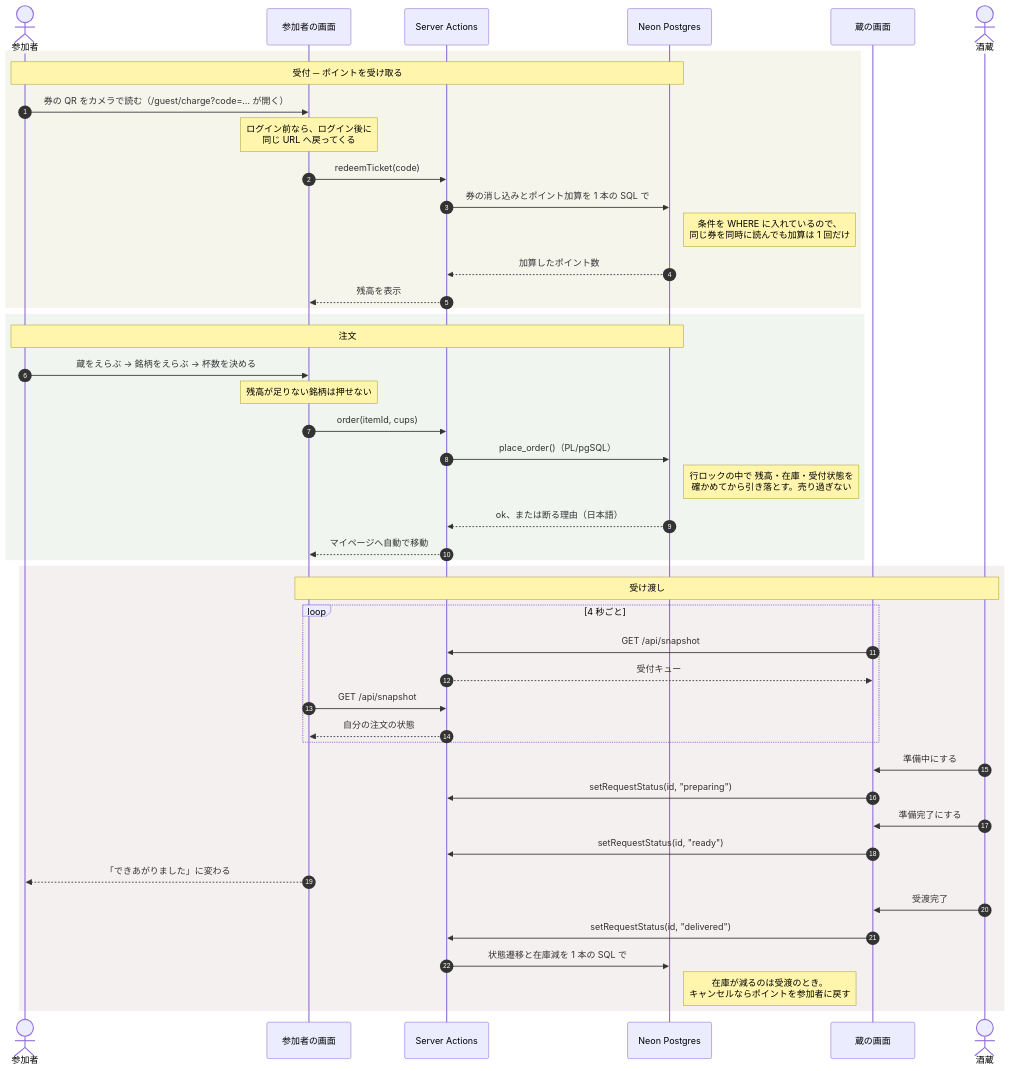
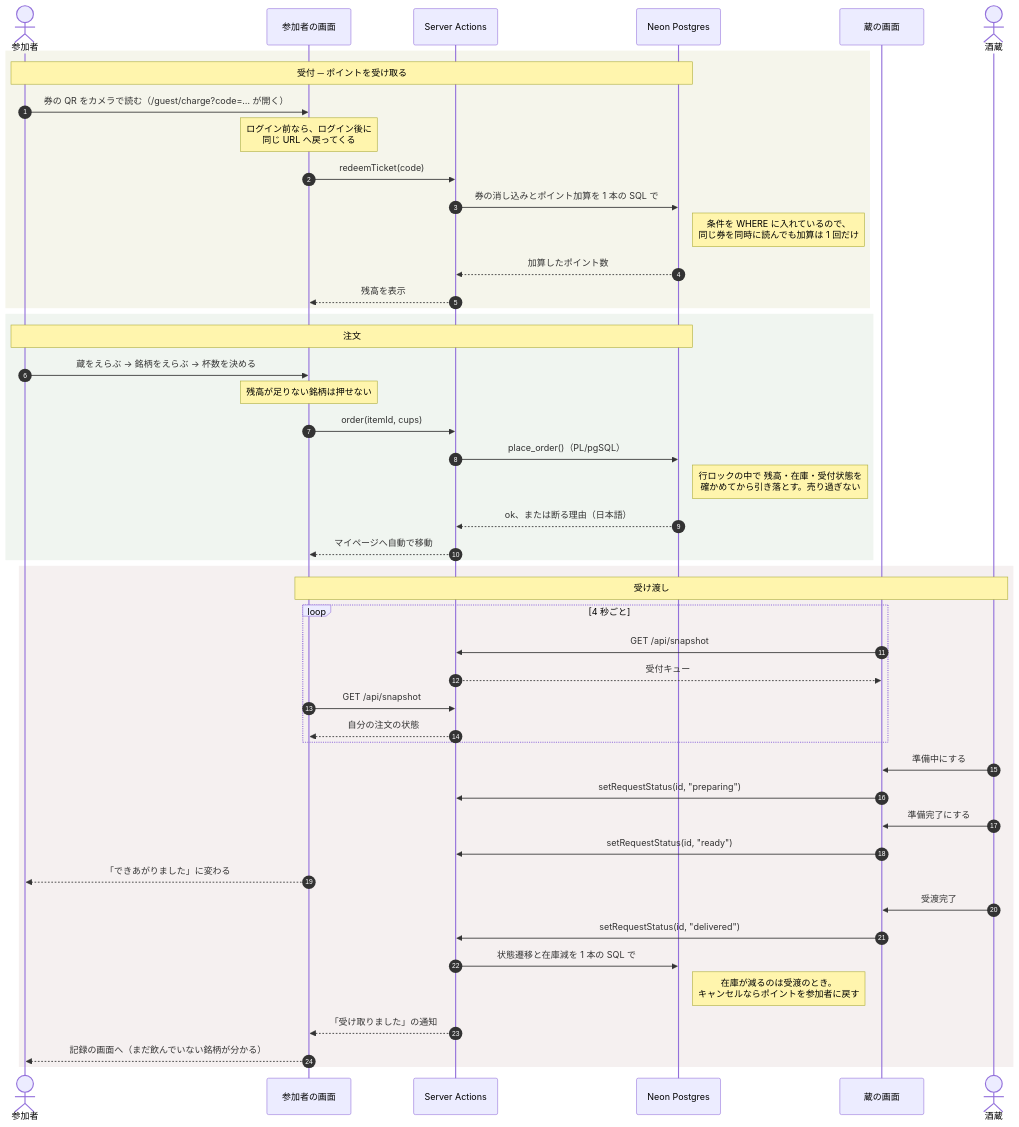
The second of 2 diagrams in README.md (midnight480/saga-sake-event), drawn with Mermaid before and after one commit. The commit also changed 8 other files, not shown here.

````diff
--- a/README.md
+++ b/README.md
@@ -239,51 +239,53 @@
 ```mermaid
 sequenceDiagram
   autonumber
   actor G as 参加者
   participant P as 参加者の画面
   participant A as Server Actions
   participant D as Neon Postgres
   participant Q as 蔵の画面
   actor B as 酒蔵
 
   rect rgb(245, 245, 235)
   Note over G,D: 受付 ─ ポイントを受け取る
   G->>P: 券の QR をカメラで読む（/guest/charge?code=… が開く）
   Note over P: ログイン前なら、ログイン後に<br/>同じ URL へ戻ってくる
   P->>A: redeemTicket(code)
   A->>D: 券の消し込みとポイント加算を 1 本の SQL で
   Note right of D: 条件を WHERE に入れているので、<br/>同じ券を同時に読んでも加算は 1 回だけ
   D-->>A: 加算したポイント数
   A-->>P: 残高を表示
   end
 
   rect rgb(240, 245, 240)
   Note over G,D: 注文
   G->>P: 蔵をえらぶ → 銘柄をえらぶ → 杯数を決める
   Note over P: 残高が足りない銘柄は押せない
   P->>A: order(itemId, cups)
   A->>D: place_order()（PL/pgSQL）
   Note right of D: 行ロックの中で 残高・在庫・受付状態を<br/>確かめてから引き落とす。売り過ぎない
   D-->>A: ok、または断る理由（日本語）
   A-->>P: マイページへ自動で移動
   end
 
   rect rgb(245, 240, 240)
   Note over P,B: 受け渡し
   loop 4 秒ごと
     Q->>A: GET /api/snapshot
     A-->>Q: 受付キュー
     P->>A: GET /api/snapshot
     A-->>P: 自分の注文の状態
   end
   B->>Q: 準備中にする
   Q->>A: setRequestStatus(id, "preparing")
   B->>Q: 準備完了にする
   Q->>A: setRequestStatus(id, "ready")
   P-->>G: 「できあがりました」に変わる
   B->>Q: 受渡完了
   Q->>A: setRequestStatus(id, "delivered")
   A->>D: 状態遷移と在庫減を 1 本の SQL で
   Note right of D: 在庫が減るのは受渡のとき。<br/>キャンセルならポイントを参加者に戻す
+  A-->>P: 「受け取りました」の通知
+  P-->>G: 記録の画面へ（まだ飲んでいない銘柄が分かる）
   end
 ```
````
